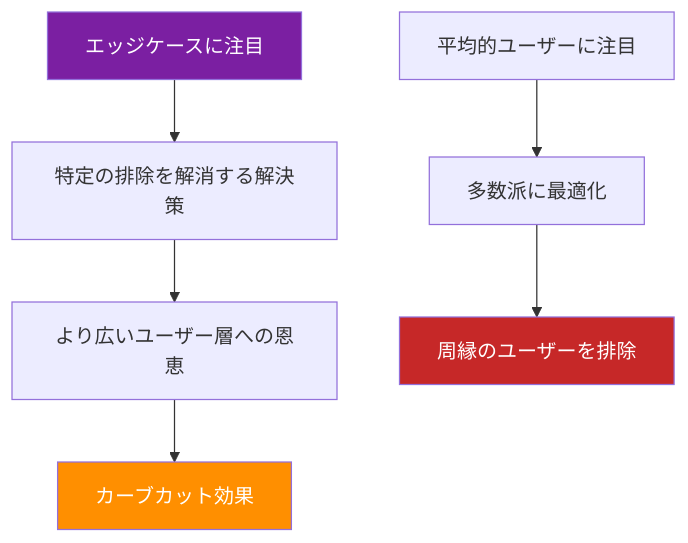
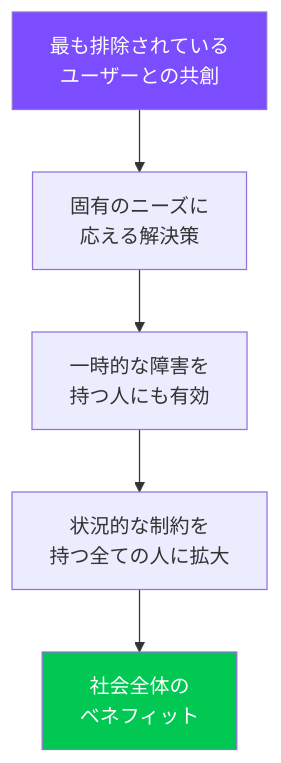
Before and after one commit to Hide-nu/Designer-curriculum: the third of 3 diagrams in docs/books/03-social-transformation/ch01-inclusive-design.md, drawn with Mermaid. The commit also changed other lines of this file and 13 other files, not shown here.

````diff
--- a/docs/books/03-social-transformation/ch01-inclusive-design.md
+++ b/docs/books/03-social-transformation/ch01-inclusive-design.md
@@ -135,13 +128,9 @@
 ```mermaid
 graph TD
-    A[エッジケースに注目] --> B[特定の排除を解消する解決策]
-    B --> C[より広いユーザー層への恩恵]
-    C --> D[カーブカット効果]
-
-    E[平均的ユーザーに注目] --> F[多数派に最適化]
-    F --> G[周縁のユーザーを排除]
-
-    style A fill:#7b1fa2,color:#fff
-    style D fill:#ff8f00,color:#fff
-    style G fill:#c62828,color:#fff
+    A[最も排除されている<br>ユーザーとの共創] --> B[固有のニーズに<br>応える解決策]
+    B --> C[一時的な障害を<br>持つ人にも有効]
+    C --> D[状況的な制約を<br>持つ全ての人に拡大]
+    D --> E[社会全体の<br>ベネフィット]
+    style A fill:#7c4dff,color:#fff
+    style E fill:#00c853,color:#fff
 ```
````
